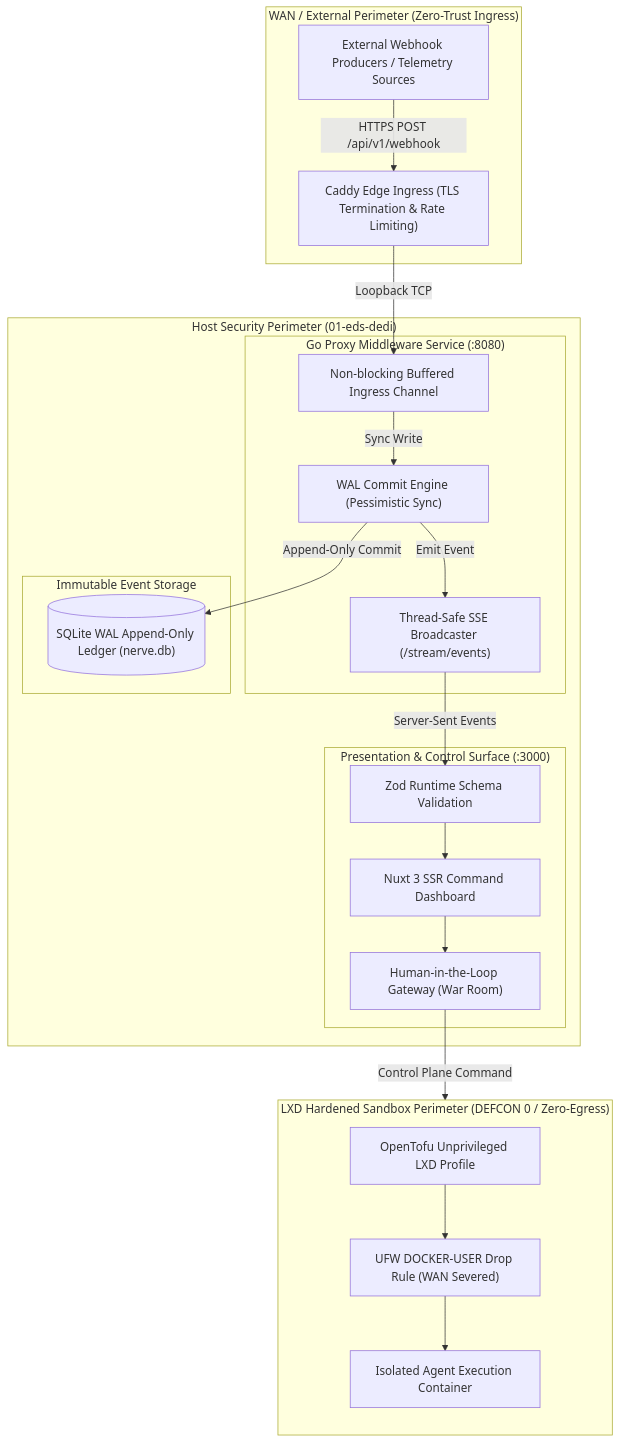
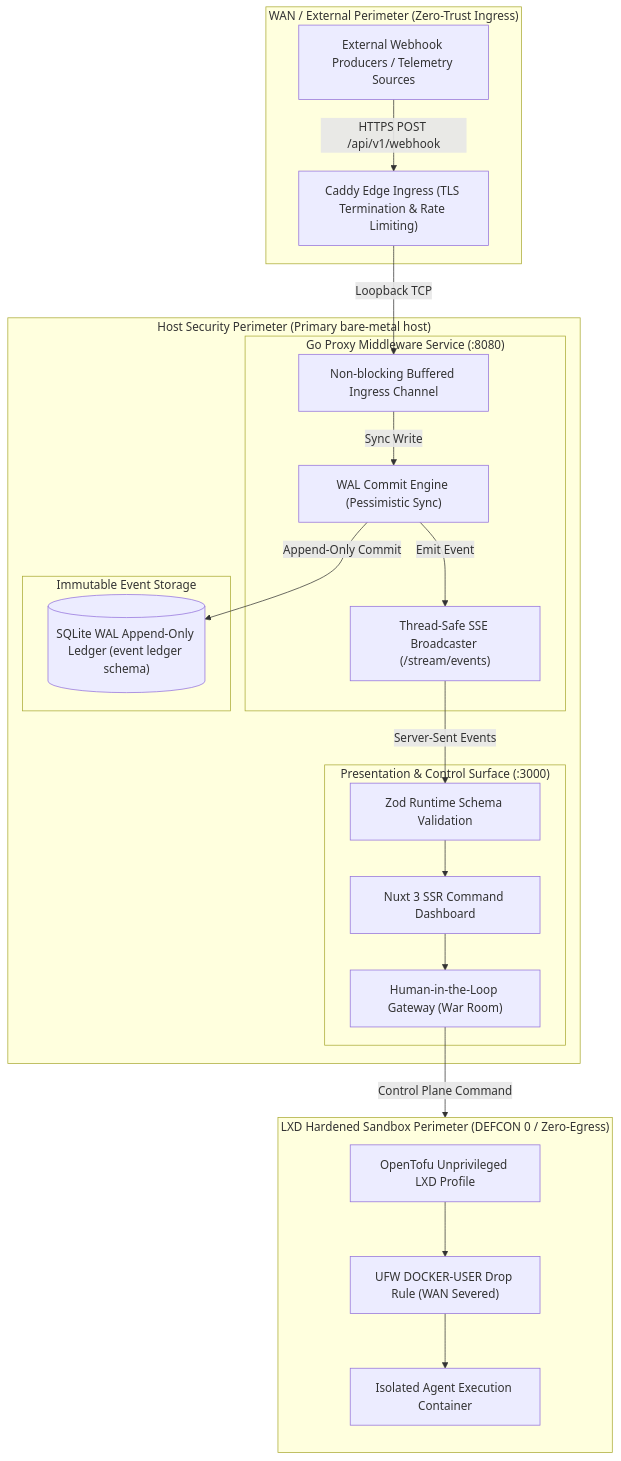
The first of 2 diagrams in projects/01-event-sourcing-operations-hub/profile.md (unexcitement/public-portfolio), drawn with Mermaid before and after one commit. The commit also changed 15 other files, not shown here.

````diff
--- a/projects/01-event-sourcing-operations-hub/profile.md
+++ b/projects/01-event-sourcing-operations-hub/profile.md
@@ -14,44 +14,44 @@
 ```mermaid
 flowchart TB
     subgraph IngressBoundary["WAN / External Perimeter (Zero-Trust Ingress)"]
         Client["External Webhook Producers / Telemetry Sources"]
         ReverseProxy["Caddy Edge Ingress (TLS Termination & Rate Limiting)"]
     end
 
-    subgraph HostBoundary["Host Security Perimeter (01-eds-dedi)"]
+    subgraph HostBoundary["Host Security Perimeter (Primary bare-metal host)"]
         subgraph ProxyPerimeter["Go Proxy Middleware Service (:8080)"]
             IngressChan["Non-blocking Buffered Ingress Channel"]
             WALEngine["WAL Commit Engine (Pessimistic Sync)"]
             SSEBroadcaster["Thread-Safe SSE Broadcaster (/stream/events)"]
         end
 
         subgraph StorageLayer["Immutable Event Storage"]
-            SQLiteWAL[("SQLite WAL Append-Only Ledger (nerve.db)")]
+            SQLiteWAL[("SQLite WAL Append-Only Ledger (event ledger schema)")]
         end
 
         subgraph UIBoundary["Presentation & Control Surface (:3000)"]
             NuxtUI["Nuxt 3 SSR Command Dashboard"]
             ZodValidator["Zod Runtime Schema Validation"]
             WarRoom["Human-in-the-Loop Gateway (War Room)"]
         end
     end
 
     subgraph LXDSandboxPerimeter["LXD Hardened Sandbox Perimeter (DEFCON 0 / Zero-Egress)"]
         direction TB
         SandboxProfile["OpenTofu Unprivileged LXD Profile"]
         UFWDrop["UFW DOCKER-USER Drop Rule (WAN Severed)"]
         ExecutionContainer["Isolated Agent Execution Container"]
     end
 
     Client -->|HTTPS POST /api/v1/webhook| ReverseProxy
     ReverseProxy -->|Loopback TCP| IngressChan
     IngressChan -->|Sync Write| WALEngine
     WALEngine -->|Append-Only Commit| SQLiteWAL
     WALEngine -->|Emit Event| SSEBroadcaster
     SSEBroadcaster -->|Server-Sent Events| ZodValidator
     ZodValidator --> NuxtUI
     NuxtUI --> WarRoom
     WarRoom -->|Control Plane Command| SandboxProfile
     SandboxProfile --> UFWDrop
     UFWDrop --> ExecutionContainer
 ```
````
